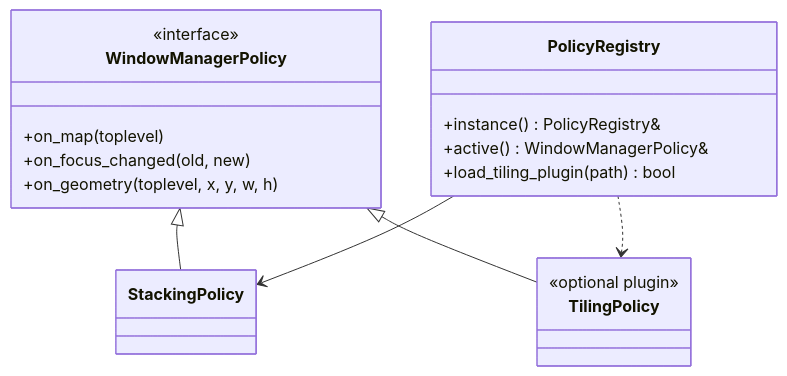
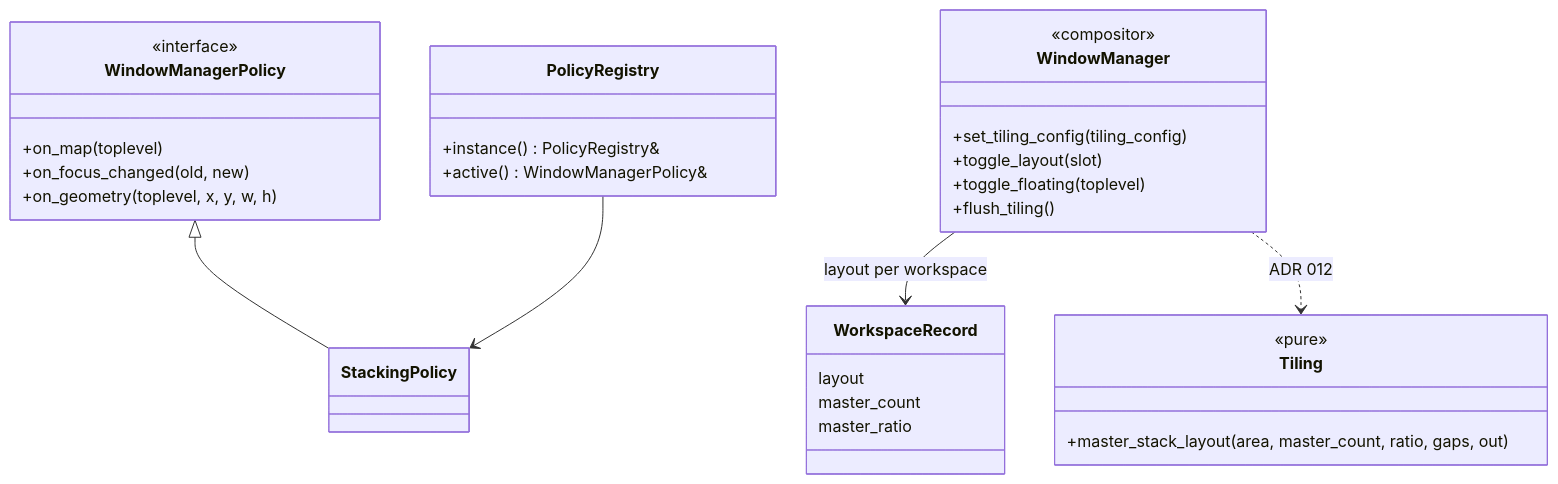
Before and after one commit to dimmus/lumen: the diagram in docs/uml/12-window-management.mmd, drawn with Mermaid. The commit also changed 29 other files, not shown here.

First line of the commit message:
Tiling: master-stack per workspace in the compositor (ADR 012)

```diff
--- a/docs/uml/12-window-management.mmd
+++ b/docs/uml/12-window-management.mmd
@@ -1,25 +1,38 @@
 classDiagram
     direction TB
 
     class PolicyRegistry {
         +instance() PolicyRegistry&
         +active() WindowManagerPolicy&
-        +load_tiling_plugin(path) bool
     }
 
     class WindowManagerPolicy {
         <<interface>>
         +on_map(toplevel)
         +on_focus_changed(old, new)
         +on_geometry(toplevel, x, y, w, h)
     }
 
     class StackingPolicy
-    class TilingPolicy {
-        <<optional plugin>>
+
+    class WindowManager {
+        <<compositor>>
+        +set_tiling_config(tiling_config)
+        +toggle_layout(slot)
+        +toggle_floating(toplevel)
+        +flush_tiling()
+    }
+    class WorkspaceRecord {
+        layout
+        master_count
+        master_ratio
+    }
+    class Tiling {
+        <<pure>>
+        +master_stack_layout(area, master_count, ratio, gaps, out)
     }
 
     WindowManagerPolicy <|-- StackingPolicy
-    WindowManagerPolicy <|-- TilingPolicy
     PolicyRegistry --> StackingPolicy
-    PolicyRegistry ..> TilingPolicy
+    WindowManager --> WorkspaceRecord : layout per workspace
+    WindowManager ..> Tiling : ADR 012
```
